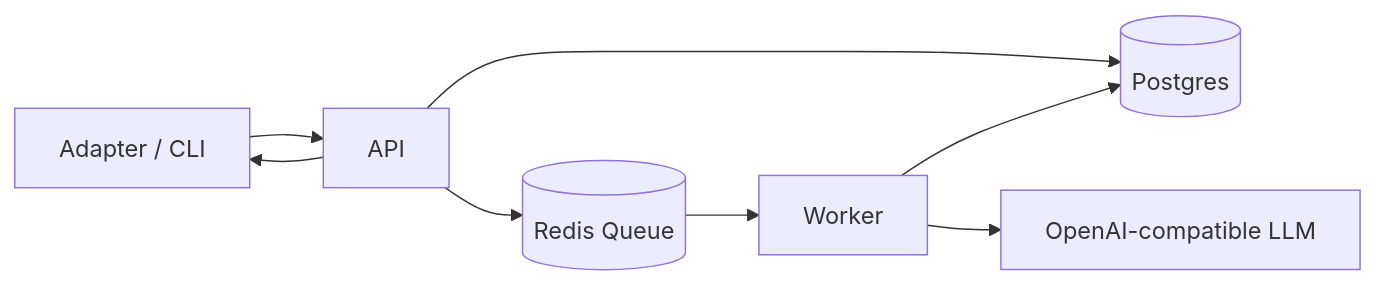
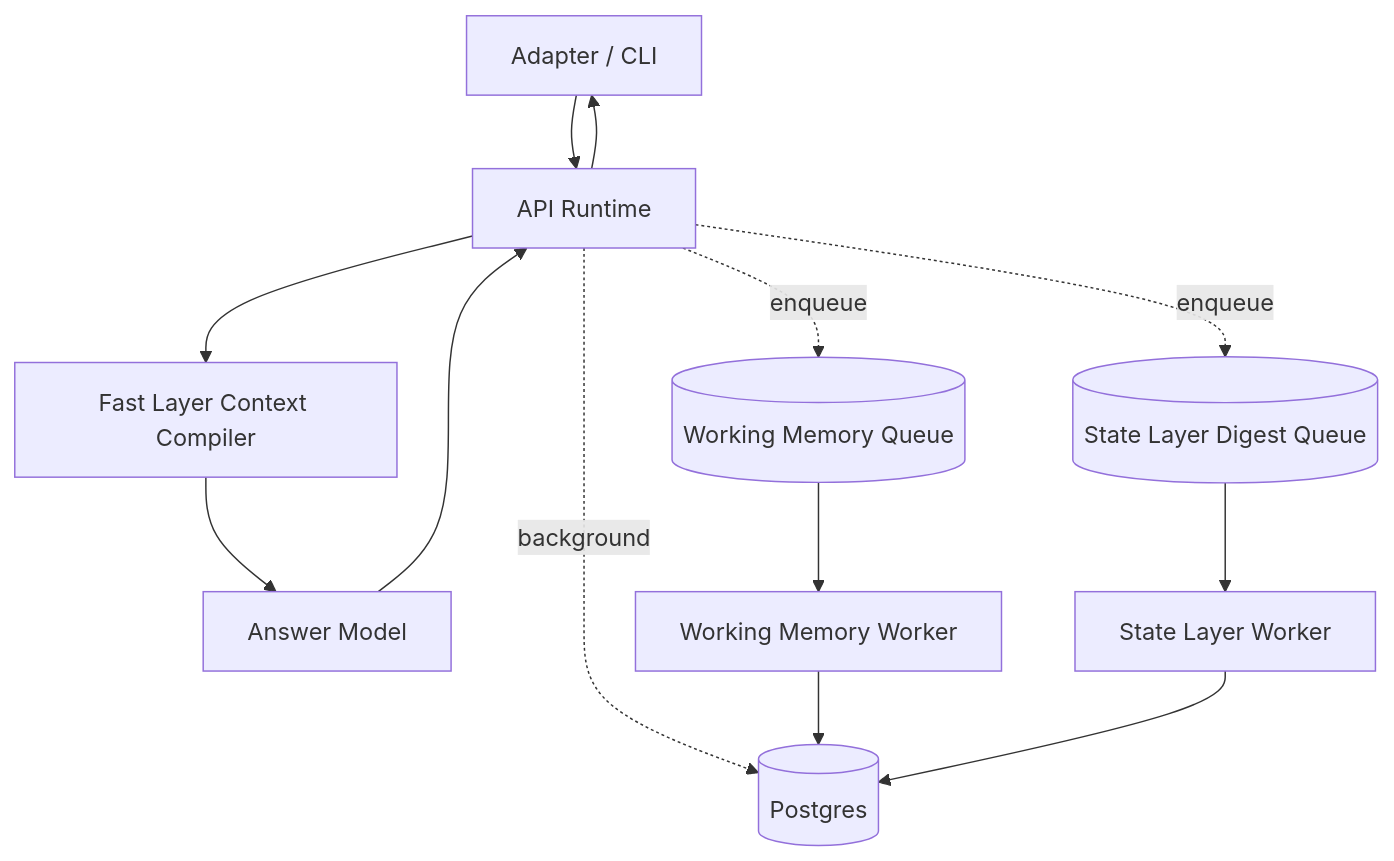
The first of 2 diagrams in docs/technical-overview.md (yul761/StateCore), drawn with Mermaid before and after one commit. The commit also changed other lines of this file and 6 other files, not shown here.

Commit message:
Document three-layer memory architecture

````diff
--- a/docs/technical-overview.md
+++ b/docs/technical-overview.md
@@ -27,10 +41,15 @@
 ```mermaid
-flowchart LR
-  U[Adapter / CLI] --> A[API]
-  A --> DB[(Postgres)]
-  A --> Q[(Redis Queue)]
-  Q --> W[Worker]
-  W --> DB
-  W --> LLM[OpenAI-compatible LLM]
+flowchart TD
+  U[Adapter / CLI] --> A[API Runtime]
+  A --> F[Fast Layer Context Compiler]
+  F --> LLM[Answer Model]
+  LLM --> A
   A --> U
+  A -. background .-> DB[(Postgres)]
+  A -. enqueue .-> WMQ[(Working Memory Queue)]
+  A -. enqueue .-> SQ[(State Layer Digest Queue)]
+  WMQ --> WMW[Working Memory Worker]
+  SQ --> SW[State Layer Worker]
+  WMW --> DB
+  SW --> DB
 ```
````
